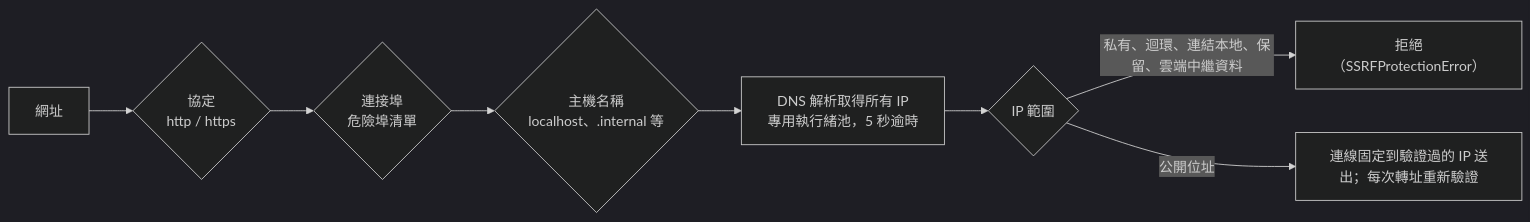
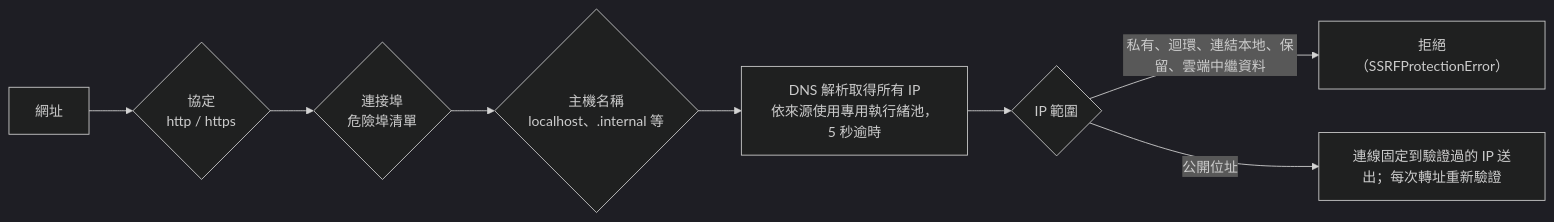
One commit to Scorpio-meow/AskMiao changed the ninth of 9 diagrams in docs/architecture.md. Above: the diagram before and after it, drawn with Mermaid (dark theme). The commit also changed other lines of this file and 11 other files, not shown here.

````diff
--- a/docs/architecture.md
+++ b/docs/architecture.md
@@ -551,10 +562,10 @@
 ```mermaid
 flowchart LR
     Input["網址"] --> Scheme{"協定<br/>http / https"}
     Scheme --> Port{"連接埠<br/>危險埠清單"}
     Port --> Host{"主機名稱<br/>localhost、.internal 等"}
-    Host --> Resolve["DNS 解析取得所有 IP<br/>專用執行緒池，5 秒逾時"]
+    Host --> Resolve["DNS 解析取得所有 IP<br/>依來源使用專用執行緒池，5 秒逾時"]
     Resolve --> IPCheck{"IP 範圍"}
     IPCheck -->|私有、迴環、連結本地、保留、雲端中繼資料| Block["拒絕（SSRFProtectionError）"]
     IPCheck -->|公開位址| Allow["連線固定到驗證過的 IP 送出；每次轉址重新驗證"]
 ```
````
